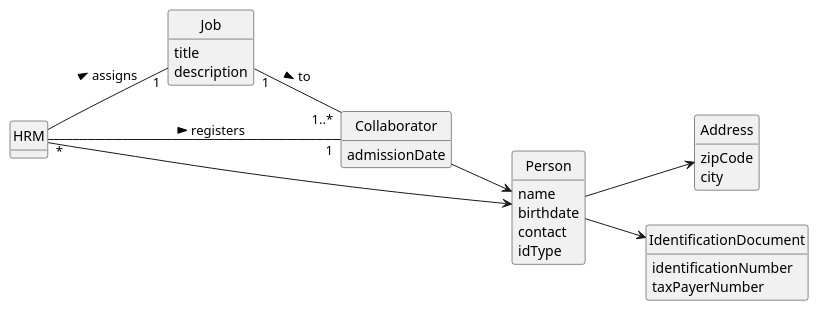
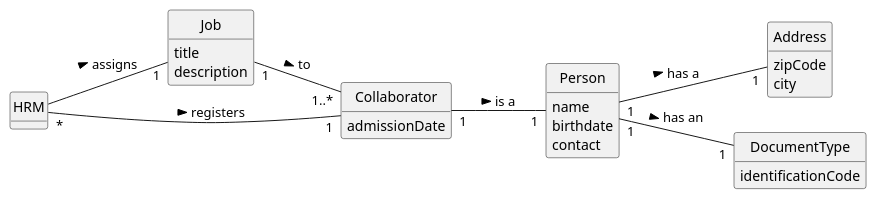
One commit to ricardomm7/leaflink changed the diagram in docs/sprintA/us003/02.analysis/puml/us003-domain-model.puml. Above: the diagram before and after it, drawn with PlantUML. The commit also changed 14 other files, not shown here.

```diff
--- a/docs/sprintA/us003/02.analysis/puml/us003-domain-model.puml
+++ b/docs/sprintA/us003/02.analysis/puml/us003-domain-model.puml
@@ -1,52 +1,50 @@
 @startuml
 skinparam monochrome true
 skinparam packageStyle rectangle
 skinparam shadowing false
 
 left to right direction
 
 skinparam classAttributeIconSize 0
 
 hide circle
 hide methods
 
 
 class HRM {
 }
 
 class Job {
     title
     description
 }
 
 class Collaborator {
     admissionDate
 }
 
 class Person {
     name
     birthdate
     contact
-    idType
+
 }
 
 class Address{
     zipCode
     city
 }
 
-class IdentificationDocument{
-  identificationNumber
-  taxPayerNumber
+class DocumentType{
+  identificationCode
 }
 
 ' Relationships
-HRM  -->  Person
-Person --> Address
-Collaborator  -->  Person
-Person  -->  IdentificationDocument
+Person "1"--"1" Address: has a >
+Collaborator "1" -- "1" Person: is a >
+Person  "1"--"1"  DocumentType : has an >
 HRM "*" -- "1" Collaborator : registers >
 HRM -- "1" Job : assigns >
 Job "1" -- "1..*" Collaborator : to >
 
 @enduml
```
